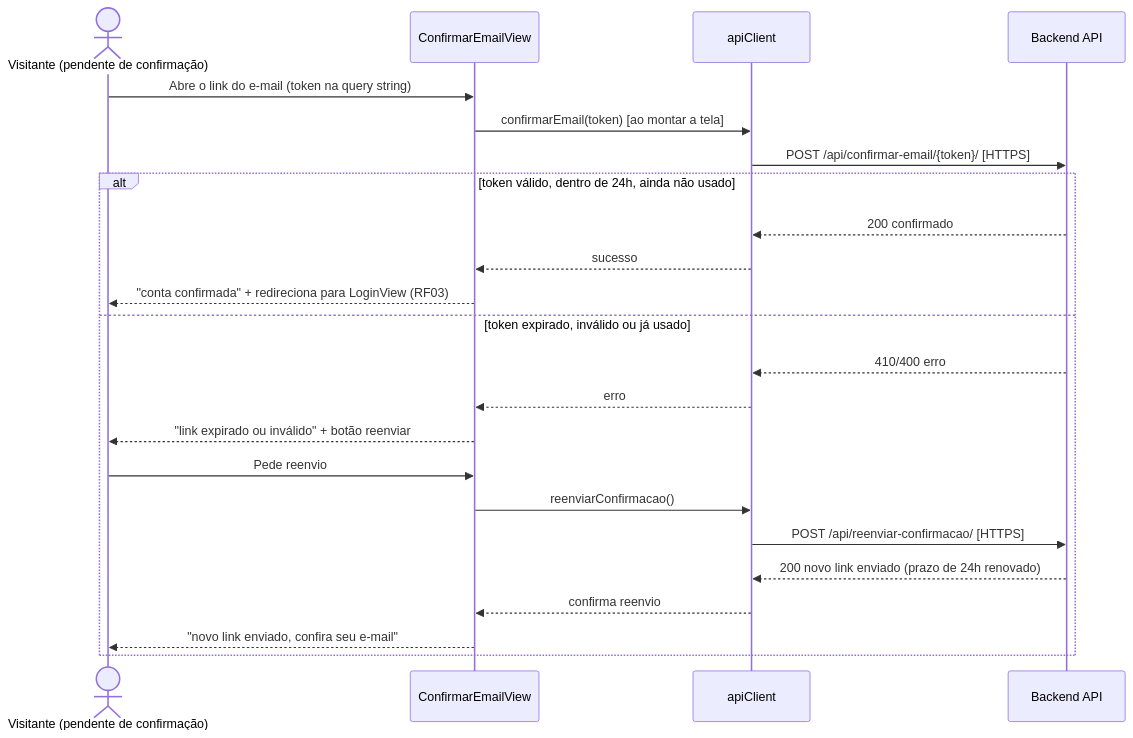
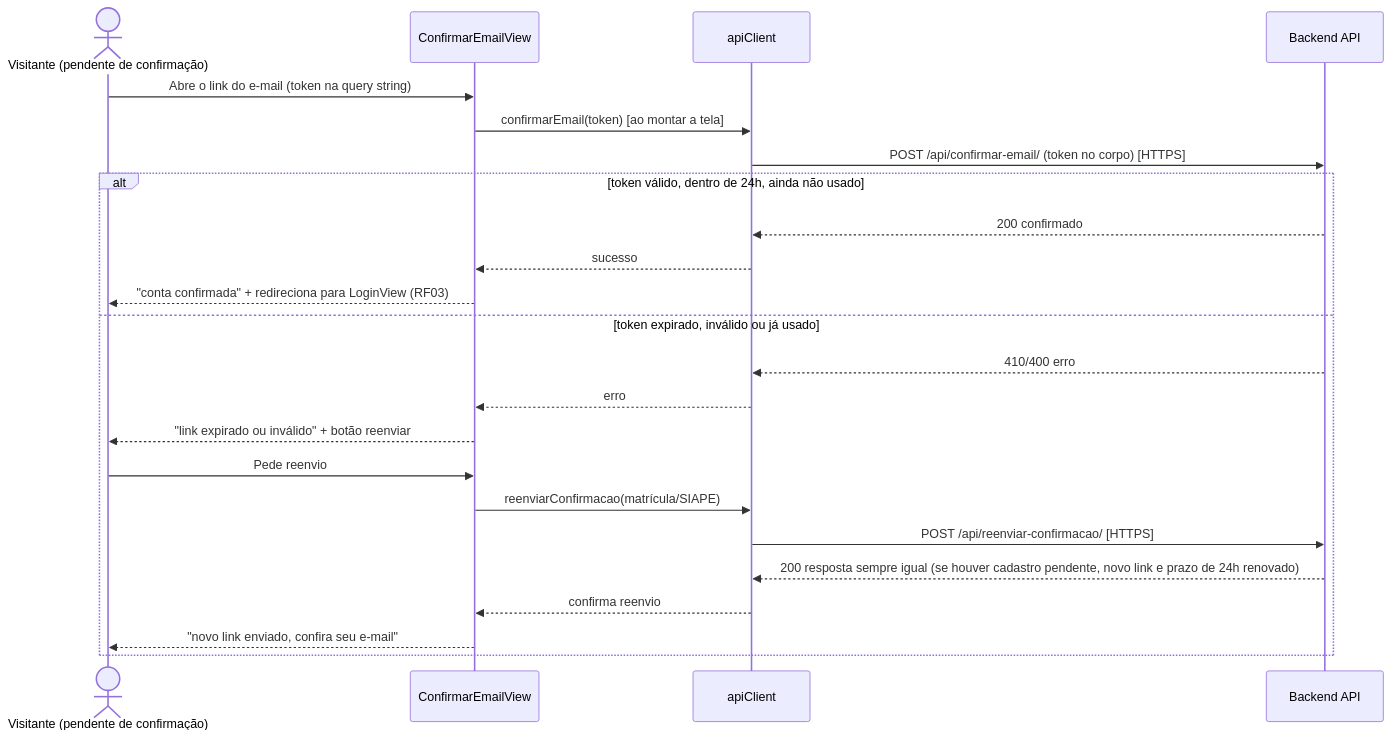
One commit to unb-mds/2026-2-Bandejao-UnB changed the sixth of 6 diagrams in docs/arquitetura/front-end/c4-niveis-3-4-frontend-bandejao.md. Above: the diagram before and after it, drawn with Mermaid. The commit also changed other lines of this file, not shown here.

````diff
--- a/docs/arquitetura/front-end/c4-niveis-3-4-frontend-bandejao.md
+++ b/docs/arquitetura/front-end/c4-niveis-3-4-frontend-bandejao.md
@@ -429,26 +457,26 @@
 ```mermaid
 sequenceDiagram
   actor V as Visitante (pendente de confirmação)
   participant CE as ConfirmarEmailView
   participant AC as apiClient
   participant BE as Backend API
 
   V->>CE: Abre o link do e-mail (token na query string)
   CE->>AC: confirmarEmail(token) [ao montar a tela]
-  AC->>BE: POST /api/confirmar-email/{token}/ [HTTPS]
+  AC->>BE: POST /api/confirmar-email/ (token no corpo) [HTTPS]
   alt token válido, dentro de 24h, ainda não usado
     BE-->>AC: 200 confirmado
     AC-->>CE: sucesso
     CE-->>V: "conta confirmada" + redireciona para LoginView (RF03)
   else token expirado, inválido ou já usado
     BE-->>AC: 410/400 erro
     AC-->>CE: erro
     CE-->>V: "link expirado ou inválido" + botão reenviar
     V->>CE: Pede reenvio
-    CE->>AC: reenviarConfirmacao()
+    CE->>AC: reenviarConfirmacao(matrícula/SIAPE)
     AC->>BE: POST /api/reenviar-confirmacao/ [HTTPS]
-    BE-->>AC: 200 novo link enviado (prazo de 24h renovado)
+    BE-->>AC: 200 resposta sempre igual (se houver cadastro pendente, novo link e prazo de 24h renovado)
     AC-->>CE: confirma reenvio
     CE-->>V: "novo link enviado, confira seu e-mail"
   end
 ```
````
